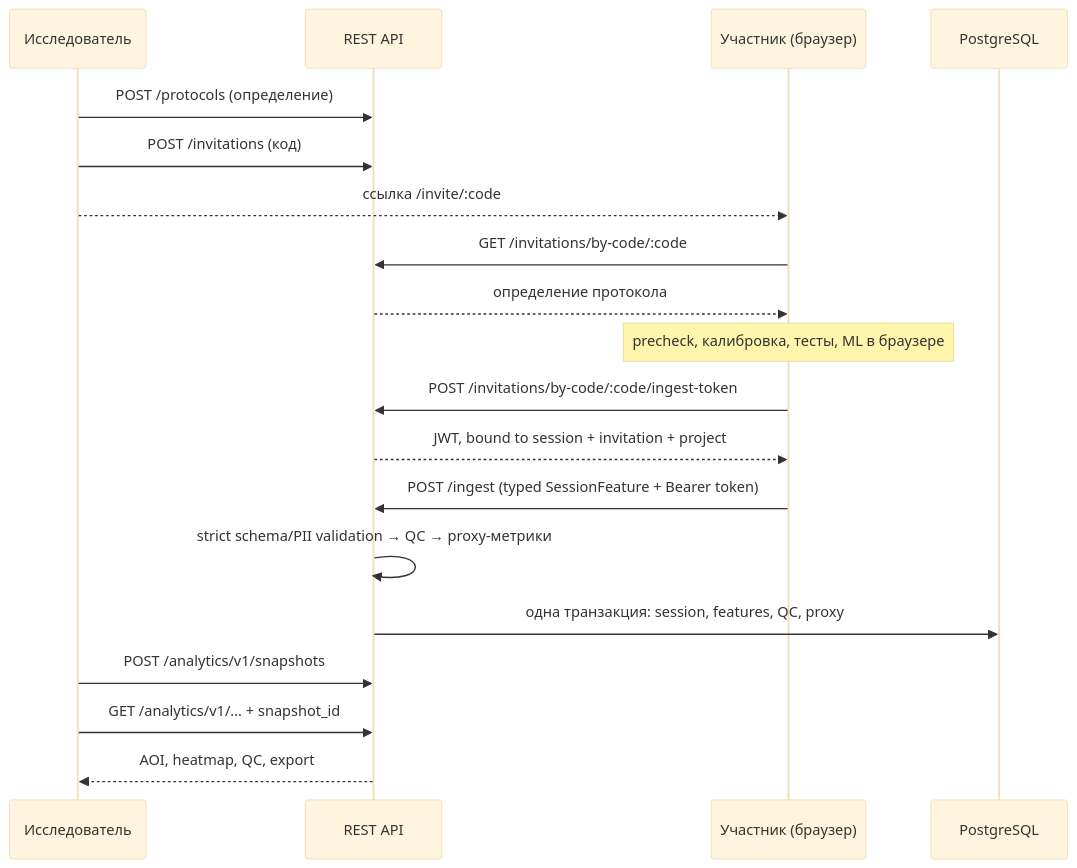
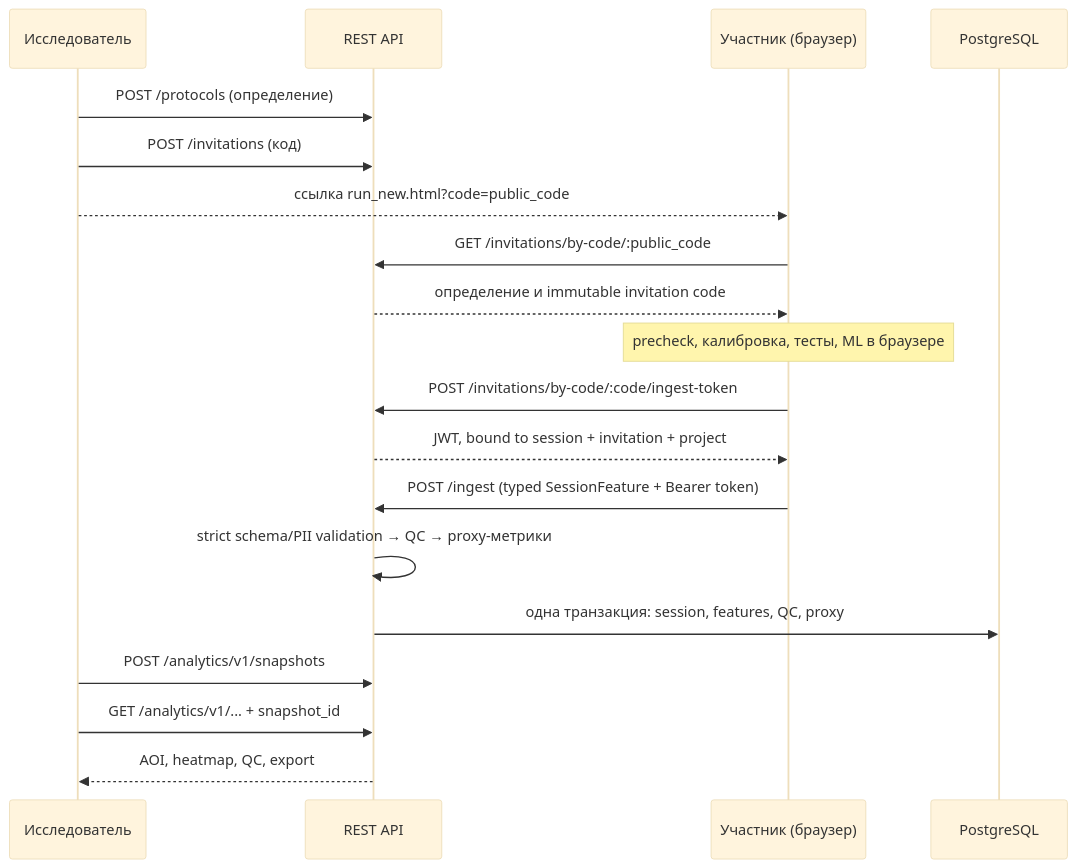
The second of 4 diagrams in README.md (web-emocog/web-emocog-core), drawn with Mermaid (base theme) before and after one commit. The commit also changed other lines of this file and 153 other files, not shown here.

````diff
--- a/README.md
+++ b/README.md
@@ -296,22 +296,22 @@
 ```mermaid
 sequenceDiagram
   participant Res as Исследователь
   participant API as REST API
   participant Part as Участник (браузер)
   participant DB as PostgreSQL
 
   Res->>API: POST /protocols (определение)
   Res->>API: POST /invitations (код)
-  Res-->>Part: ссылка /invite/:code
-  Part->>API: GET /invitations/by-code/:code
-  API-->>Part: определение протокола
+  Res-->>Part: ссылка run_new.html?code=public_code
+  Part->>API: GET /invitations/by-code/:public_code
+  API-->>Part: определение и immutable invitation code
   Note over Part: precheck, калибровка, тесты, ML в браузере
   Part->>API: POST /invitations/by-code/:code/ingest-token
   API-->>Part: JWT, bound to session + invitation + project
   Part->>API: POST /ingest (typed SessionFeature + Bearer token)
   API->>API: strict schema/PII validation → QC → proxy-метрики
   API->>DB: одна транзакция: session, features, QC, proxy
   Res->>API: POST /analytics/v1/snapshots
   Res->>API: GET /analytics/v1/... + snapshot_id
   API-->>Res: AOI, heatmap, QC, export
 ```
````
